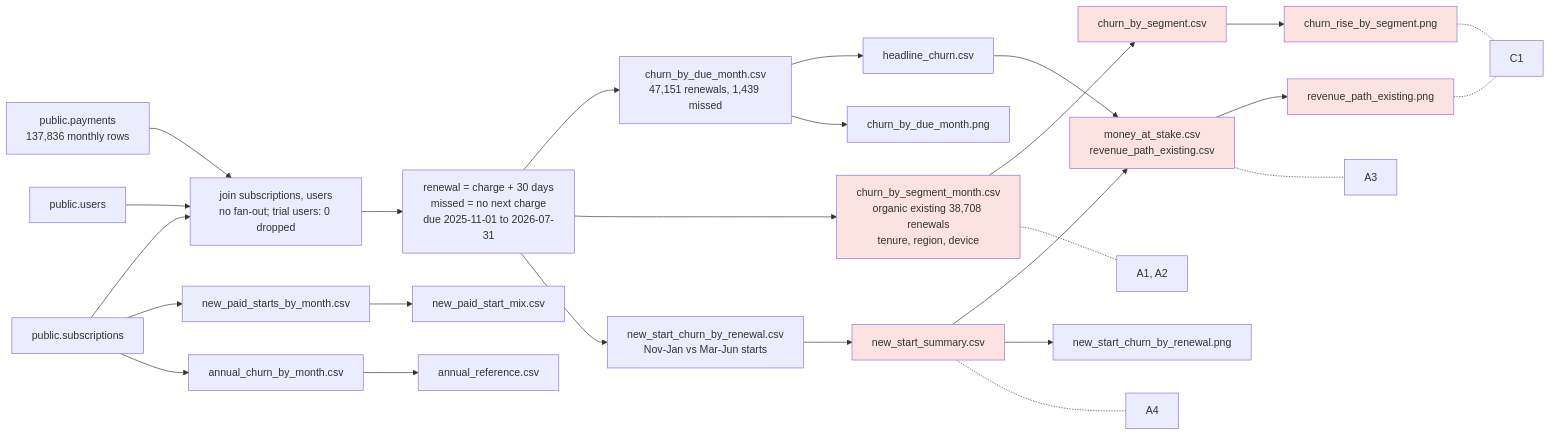
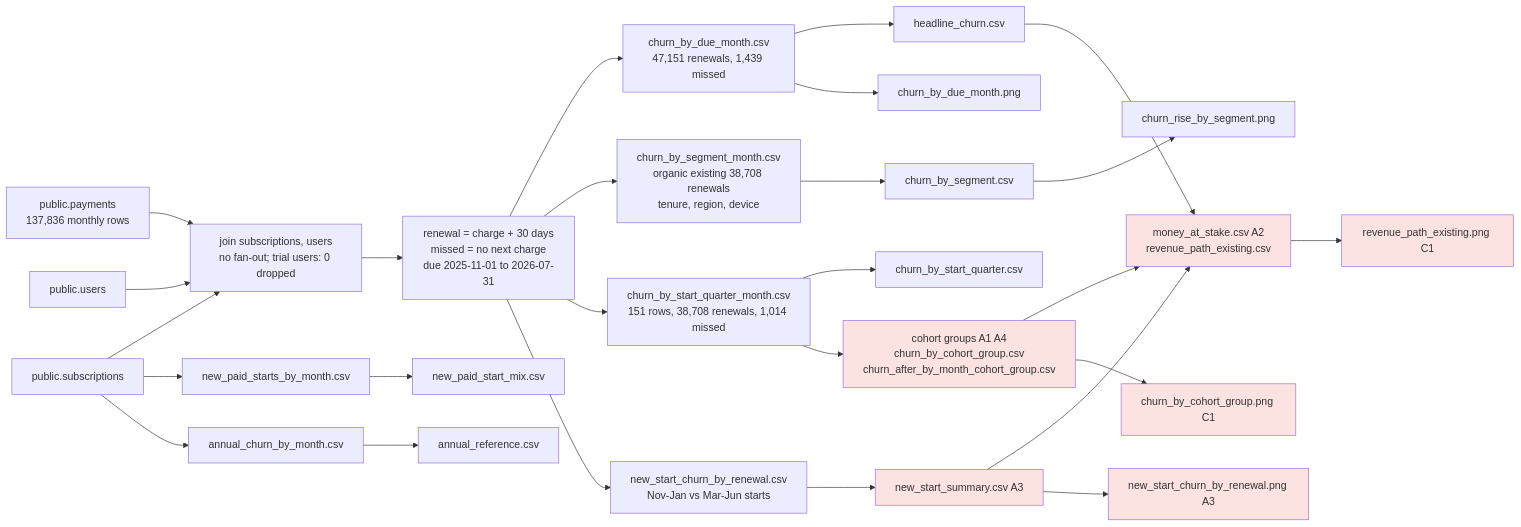
Before and after one commit to maakadam/ai-analyst: the diagram in outputs/2026-11-17_price-increase-retention/review.md, drawn with Mermaid. The commit also changed other lines of this file and 7 other files, not shown here.

Commit message:
Validate round 2 fixes: latest-month money, flat-span variants, new starts beside existing, chart labels

````diff
--- a/outputs/2026-11-17_price-increase-retention/review.md
+++ b/outputs/2026-11-17_price-increase-retention/review.md
@@ -7,35 +7,35 @@
 ```mermaid
 flowchart LR
   P[public.payments<br/>137,836 monthly rows] --> J[join subscriptions, users<br/>no fan-out; trial users: 0 dropped]
   S[public.subscriptions] --> J
   U[public.users] --> J
   J --> R[renewal = charge + 30 days<br/>missed = no next charge<br/>due 2025-11-01 to 2026-07-31]
   R --> DM[churn_by_due_month.csv<br/>47,151 renewals, 1,439 missed]
   R --> SG[churn_by_segment_month.csv<br/>organic existing 38,708 renewals<br/>tenure, region, device]
+  R --> SQ[churn_by_start_quarter_month.csv<br/>151 rows, 38,708 renewals, 1,014 missed]
   R --> NS[new_start_churn_by_renewal.csv<br/>Nov-Jan vs Mar-Jun starts]
   S --> ST[new_paid_starts_by_month.csv]
   S --> AN[annual_churn_by_month.csv]
   DM --> H[headline_churn.csv]
   SG --> SE[churn_by_segment.csv]
-  NS --> NSS[new_start_summary.csv]
-  H --> M[money_at_stake.csv<br/>revenue_path_existing.csv]
+  SQ --> CQ[churn_by_start_quarter.csv]
+  SQ --> CG[cohort groups A1 A4<br/>churn_by_cohort_group.csv<br/>churn_after_by_month_cohort_group.csv]
+  NS --> NSS[new_start_summary.csv A3]
+  H --> M[money_at_stake.csv A2<br/>revenue_path_existing.csv]
+  CG --> M
   NSS --> M
   ST --> MX[new_paid_start_mix.csv]
   AN --> AR[annual_reference.csv]
   DM --> C1c[churn_by_due_month.png]
   SE --> C2c[churn_rise_by_segment.png]
-  NSS --> C3c[new_start_churn_by_renewal.png]
-  M --> C4c[revenue_path_existing.png]
-  SG:::issue
-  SE:::issue
-  C2c:::issue
+  CG --> C5c[churn_by_cohort_group.png C1]
+  NSS --> C3c[new_start_churn_by_renewal.png A3]
+  M --> C4c[revenue_path_existing.png C1]
+  CG:::issue
+  NSS:::issue
   M:::issue
+  C5c:::issue
+  C3c:::issue
   C4c:::issue
-  NSS:::issue
-  SG -.- A1A2[A1, A2]
-  M -.- A3[A3]
-  NSS -.- A4[A4]
-  C4c -.- C1[C1]
-  C2c -.- C1
   classDef issue fill:#fde2e2
 ```
````
